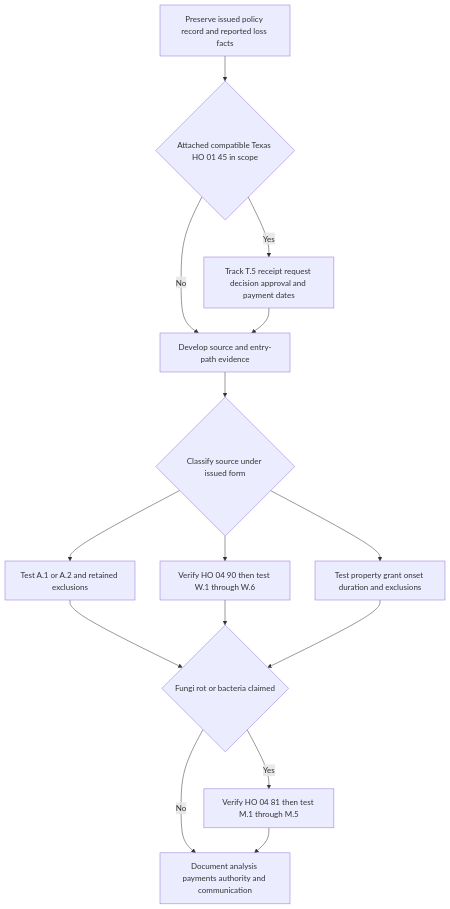
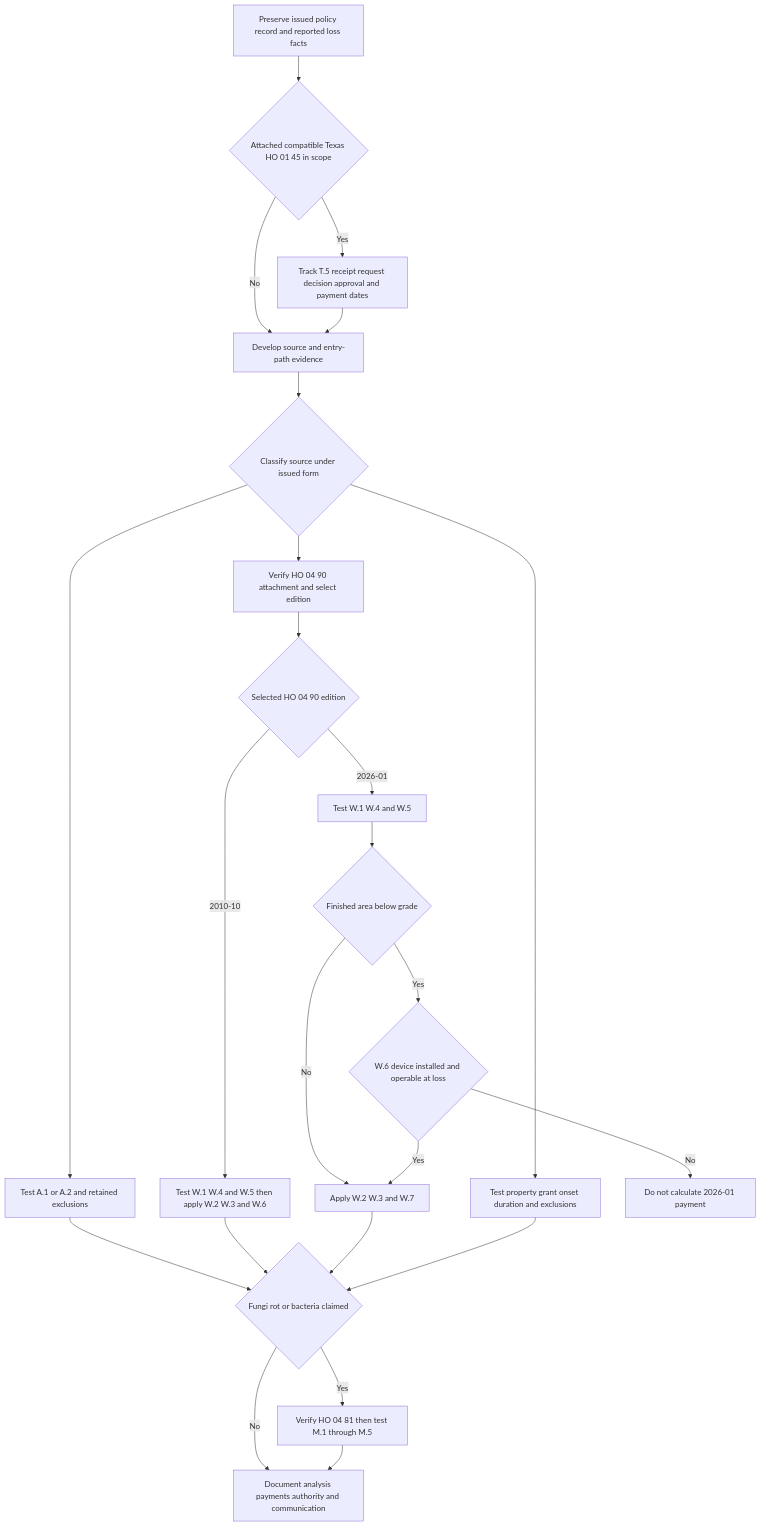
One commit to eugeneliu-86/openwiki-insurance-corpus changed the diagram in openwiki/operations/claims-water-loss-handling.md. Above: the diagram before and after it, drawn with Mermaid. The commit also changed other lines of this file and 32 other files, not shown here.

````diff
--- a/openwiki/operations/claims-water-loss-handling.md
+++ b/openwiki/operations/claims-water-loss-handling.md
@@ -49,17 +51,26 @@
 ```mermaid
 flowchart TD
     Intake["Preserve issued policy record and reported loss facts"] --> Texas{"Attached compatible Texas HO 01 45 in scope"}
     Texas -- "Yes" --> Timing["Track T.5 receipt request decision approval and payment dates"]
     Texas -- "No" --> Source["Develop source and entry-path evidence"]
     Timing --> Source
     Source --> Classify{"Classify source under issued form"}
     Classify --> Surface["Test A.1 or A.2 and retained exclusions"]
-    Classify --> Backup["Verify HO 04 90 then test W.1 through W.6"]
+    Classify --> Backup["Verify HO 04 90 attachment and select edition"]
     Classify --> Internal["Test property grant onset duration and exclusions"]
+    Backup --> WaterTerms{"Selected HO 04 90 edition"}
+    WaterTerms -- "2010-10" --> Legacy["Test W.1 W.4 and W.5 then apply W.2 W.3 and W.6"]
+    WaterTerms -- "2026-01" --> Current["Test W.1 W.4 and W.5"]
+    Current --> BelowGrade{"Finished area below grade"}
+    BelowGrade -- "Yes" --> Device{"W.6 device installed and operable at loss"}
+    BelowGrade -- "No" --> CurrentPay["Apply W.2 W.3 and W.7"]
+    Device -- "Yes" --> CurrentPay
+    Device -- "No" --> NoCurrent["Do not calculate 2026-01 payment"]
     Surface --> Fungi{"Fungi rot or bacteria claimed"}
-    Backup --> Fungi
+    Legacy --> Fungi
+    CurrentPay --> Fungi
     Internal --> Fungi
     Fungi -- "Yes" --> Mold["Verify HO 04 81 then test M.1 through M.5"]
     Fungi -- "No" --> Resolve["Document analysis payments authority and communication"]
     Mold --> Resolve
 ```
````
